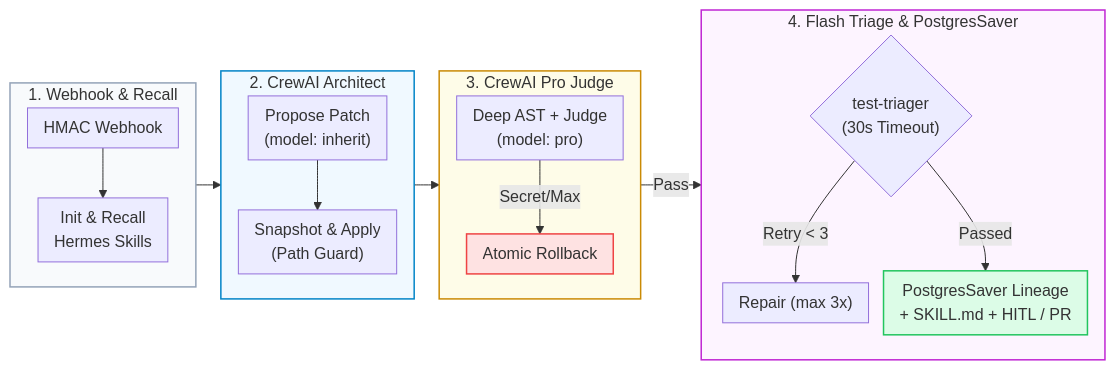
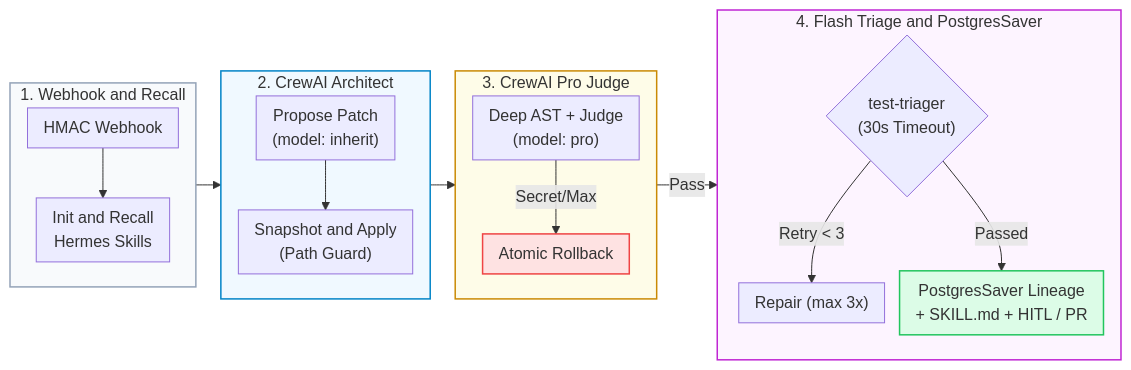
One commit to Kenono2000/enterprise-rag-pgvector-rbac changed the sixth of 10 diagrams in README.md. Above: the diagram before and after it, drawn with Mermaid. The commit also changed other lines of this file and 10 other files, not shown here.

First line of the commit message:
feat: Enhance HITL approval flow with checkpointing and decision endpoint

````diff
--- a/README.md
+++ b/README.md
@@ -201,28 +207,30 @@
 ```mermaid
 %%{init: {'flowchart': {'nodeSpacing': 15, 'rankSpacing': 25, 'padding': 8}}}%%
 flowchart LR
-    subgraph Intake ["1. Webhook & Recall"]
+    subgraph Intake ["1. Webhook and Recall"]
         direction TB
-        Hook["HMAC Webhook"] --> Init["Init & Recall<br/>Hermes Skills"]
+        Hook["HMAC Webhook"] --> Init["Init and Recall<br/>Hermes Skills"]
     end
     subgraph Gen ["2. CrewAI Architect"]
         direction TB
-        Propose["Propose Patch<br/>(model: inherit)"] --> Apply["Snapshot & Apply<br/>(Path Guard)"]
+        Propose["Propose Patch<br/>(model: inherit)"] --> Apply["Snapshot and Apply<br/>(Path Guard)"]
     end
     subgraph Audit ["3. CrewAI Pro Judge"]
         direction TB
-        Inspect["Deep AST + Judge<br/>(model: pro)"] -->|Secret/Max| Reject["Atomic Rollback"]
+        Inspect["Deep AST + Judge<br/>(model: pro)"] -->|"Secret/Max"| Reject["Atomic Rollback"]
     end
-    subgraph Verify ["4. Flash Triage & PostgresSaver"]
+    subgraph Verify ["4. Flash Triage and PostgresSaver"]
         direction TB
-        Test{"test-triager<br/>(30s Timeout)"} -->|"Retry < 3"| Repair["Repair (max 3x)"]
-        Test -->|Passed| Hermes["PostgresSaver Lineage<br/>+ SKILL.md + HITL / PR"]
+        Test{"test-triager<br/>(30s Timeout)"} -->|"Retry &lt; 3"| Repair["Repair (max 3x)"]
+        Test -->|"Passed"| Hermes["PostgresSaver Lineage<br/>+ SKILL.md + HITL / PR"]
     end
-    Intake --> Gen --> Audit -->|Pass| Verify
+    Intake --> Gen
+    Gen --> Audit
+    Audit -->|"Pass"| Verify
     style Intake fill:#f8fafc,stroke:#94a3b8,stroke-width:1.5px
     style Gen fill:#f0f9ff,stroke:#0284c7,stroke-width:1.5px
     style Audit fill:#fefce8,stroke:#ca8a04,stroke-width:1.5px
     style Verify fill:#fdf4ff,stroke:#c026d3,stroke-width:1.5px
     style Reject fill:#fee2e2,stroke:#ef4444,stroke-width:1.5px
     style Hermes fill:#dcfce7,stroke:#22c55e,stroke-width:1.5px
 ```
````
